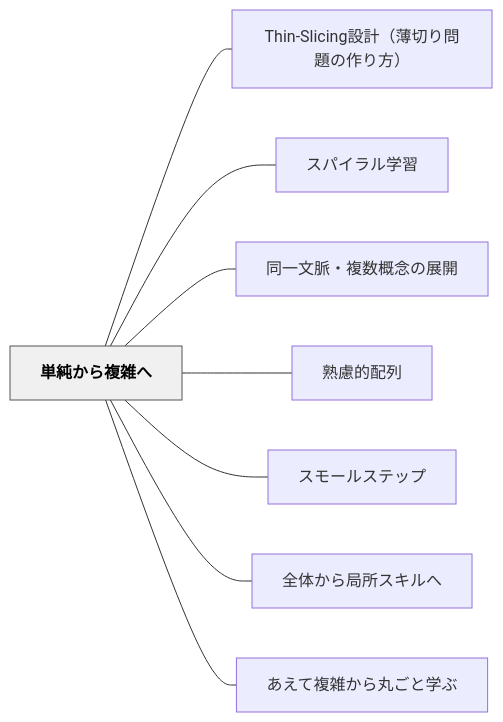
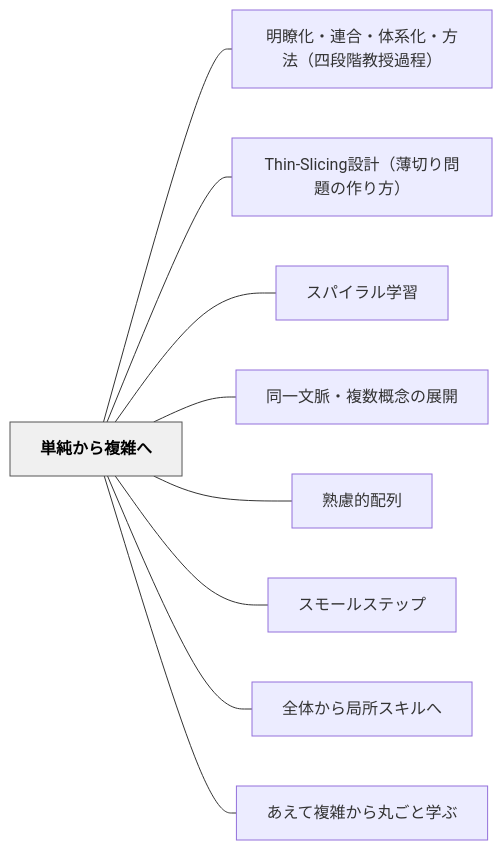
The diagram in content/パタン/単純から複雑へ.md (unknownthings-ed-patterns/unknownthings-ed-patterns), drawn with Mermaid before and after one commit. The commit also changed other lines of this file and 15 other files, not shown here.

````diff
--- a/content/パタン/単純から複雑へ.md
+++ b/content/パタン/単純から複雑へ.md
@@ -59,22 +59,24 @@
 ```mermaid
 flowchart LR
     ne58d98e7b494e3818be38289e8a487e99b91e381b8["単純から複雑へ"]
+    ne6988ee79eade58c96e383bbe980a3e59088e383bbe4bd93e7b3bbe58c96e383bbe696b9e6b395efbc88e59b9be6aeb5e99a8ee69599e68e88e9818ee7a88befbc89["明瞭化・連合・体系化・方法（四段階教授過程）"]
     n5468696e2d536c6963696e67e8a8ade8a888efbc88e89684e58887e3828ae5958fe9a18ce381aee4bd9ce3828ae696b9efbc89["Thin-Slicing設計（薄切り問題の作り方）"]
     ne382b9e38391e382a4e383a9e383abe5ada6e7bf92["スパイラル学習"]
     ne5908ce4b880e69687e88488e383bbe8a487e695b0e6a682e5bfb5e381aee5b195e9968b["同一文脈・複数概念の展開"]
     ne7869fe685aee79a84e9858de58897["熟慮的配列"]
     ne382b9e383a2e383bce383abe382b9e38386e38383e38397["スモールステップ"]
     ne585a8e4bd93e3818be38289e5b180e68980e382b9e382ade383abe381b8["全体から局所スキルへ"]
     ne38182e38188e381a6e8a487e99b91e3818be38289e4b8b8e38194e381a8e5ada6e381b6["あえて複雑から丸ごと学ぶ"]
 
+    ne58d98e7b494e3818be38289e8a487e99b91e381b8 --- ne6988ee79eade58c96e383bbe980a3e59088e383bbe4bd93e7b3bbe58c96e383bbe696b9e6b395efbc88e59b9be6aeb5e99a8ee69599e68e88e9818ee7a88befbc89
     ne58d98e7b494e3818be38289e8a487e99b91e381b8 --- n5468696e2d536c6963696e67e8a8ade8a888efbc88e89684e58887e3828ae5958fe9a18ce381aee4bd9ce3828ae696b9efbc89
     ne58d98e7b494e3818be38289e8a487e99b91e381b8 --- ne382b9e38391e382a4e383a9e383abe5ada6e7bf92
     ne58d98e7b494e3818be38289e8a487e99b91e381b8 --- ne5908ce4b880e69687e88488e383bbe8a487e695b0e6a682e5bfb5e381aee5b195e9968b
     ne58d98e7b494e3818be38289e8a487e99b91e381b8 --- ne7869fe685aee79a84e9858de58897
     ne58d98e7b494e3818be38289e8a487e99b91e381b8 --- ne382b9e383a2e383bce383abe382b9e38386e38383e38397
     ne58d98e7b494e3818be38289e8a487e99b91e381b8 --- ne585a8e4bd93e3818be38289e5b180e68980e382b9e382ade383abe381b8
     ne58d98e7b494e3818be38289e8a487e99b91e381b8 --- ne38182e38188e381a6e8a487e99b91e3818be38289e4b8b8e38194e381a8e5ada6e381b6
 
     classDef hub fill:#f0f0f0,stroke:#555,color:#000,font-weight:bold
     class ne58d98e7b494e3818be38289e8a487e99b91e381b8 hub
 ```
````
